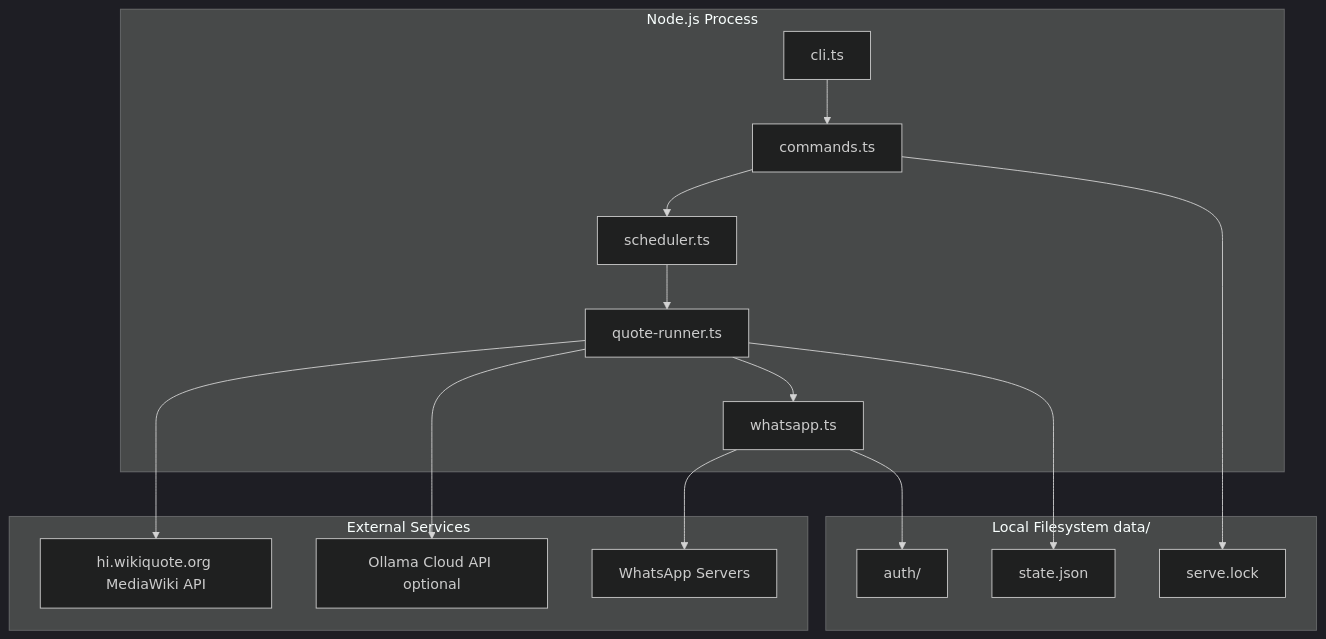
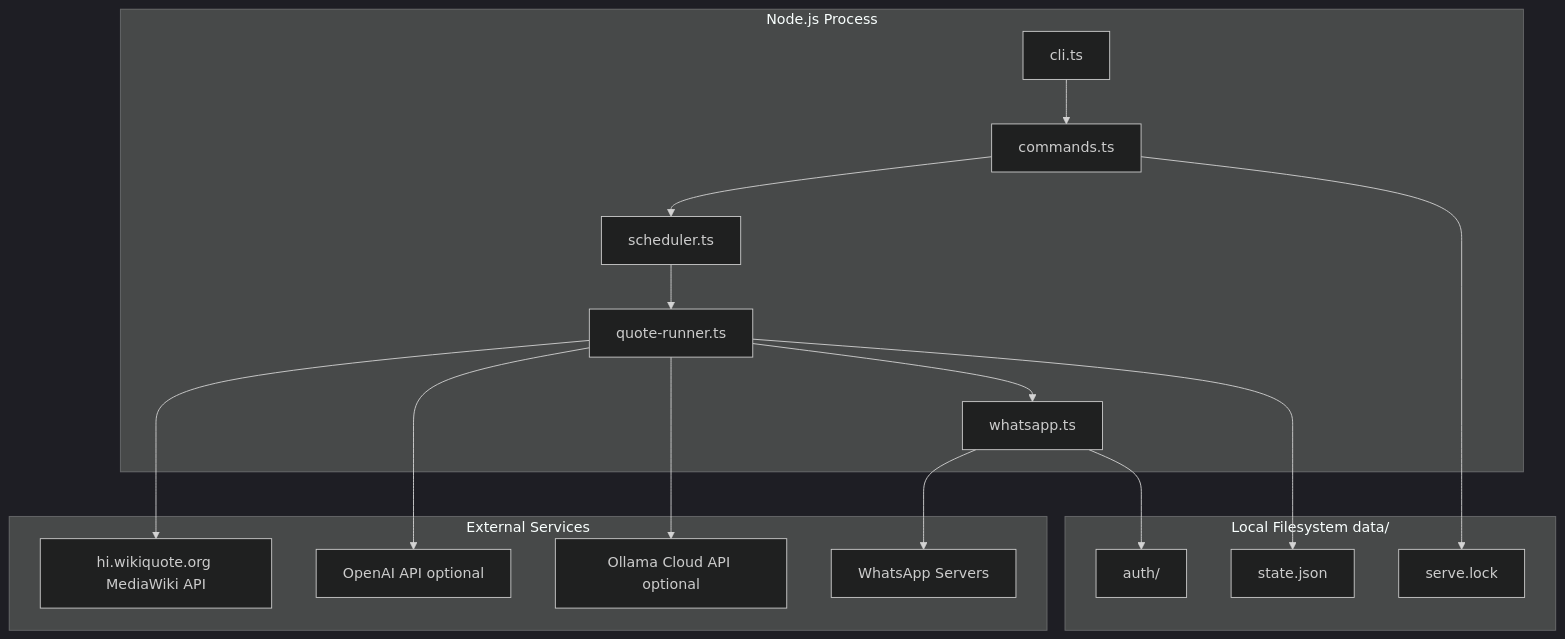
Before and after one commit to sidntrivedi/wapp-quote: the first of 3 diagrams in docs/ARCHITECTURE.md, drawn with Mermaid (dark theme). The commit also changed other lines of this file and 21 other files, not shown here.

````diff
--- a/docs/ARCHITECTURE.md
+++ b/docs/ARCHITECTURE.md
@@ -25,33 +25,35 @@
 ```mermaid
 graph TB
     subgraph process [Node.js Process]
         CLI[cli.ts]
         CMD[commands.ts]
         SCH[scheduler.ts]
         RUN[quote-runner.ts]
         WA[whatsapp.ts]
     end
 
     subgraph storage [Local Filesystem data/]
         AUTH[auth/]
         STATE[state.json]
         LOCK[serve.lock]
     end
 
     subgraph external [External Services]
         WQ[hi.wikiquote.org MediaWiki API]
+        OAI[OpenAI API optional]
         OLL[Ollama Cloud API optional]
         WANET[WhatsApp Servers]
     end
 
     CLI --> CMD
     CMD --> SCH
     SCH --> RUN
     RUN --> WA
     WA --> AUTH
     WA --> WANET
     RUN --> WQ
+    RUN --> OAI
     RUN --> OLL
     RUN --> STATE
     CMD --> LOCK
 ```
````
